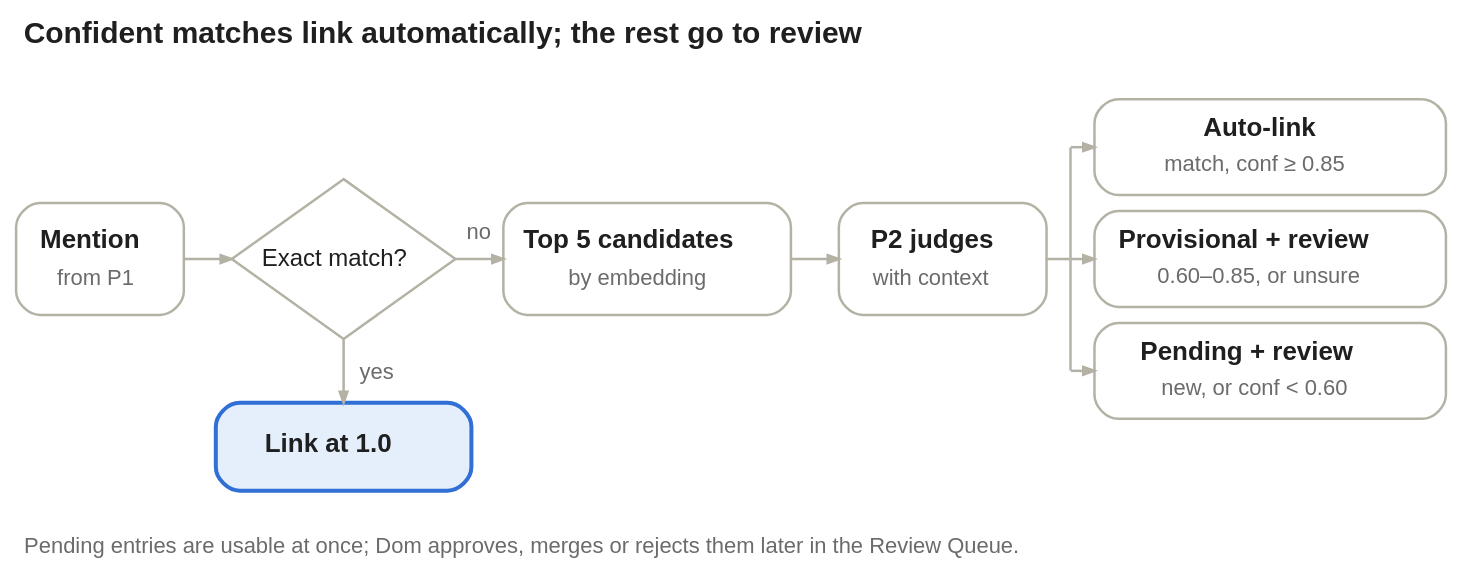
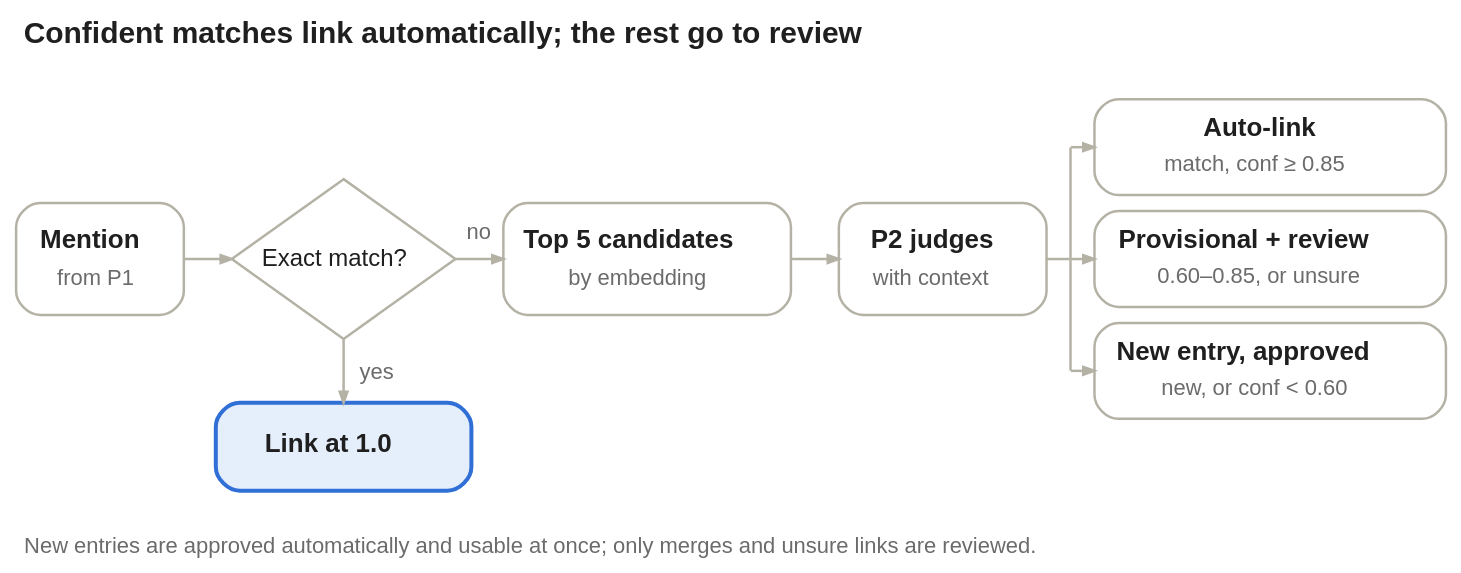
The fourth of 8 diagrams in 50 Graph/01 GraphRAG - Design Spec.md (domnasrabadi/Knowledge-Vault), drawn with Graphviz before and after one commit. The commit also changed other lines of this file and 1 other file, not shown here.

````diff
--- a/50 Graph/01 GraphRAG - Design Spec.md
+++ b/50 Graph/01 GraphRAG - Design Spec.md
@@ -419,62 +419,62 @@
 ```dot
 digraph "mention-resolution" {
   layout=neato; inputscale=72; notranslate=true; overlap=true; splines=line;
   outputorder=nodesfirst; bgcolor=transparent; pad=0.1;
   node [fontname="Helvetica"]; edge [arrowhead=none];
   t1 [shape=none margin=0 width=8.8264 height=0.3889 fixedsize=true label=<<TABLE BORDER="0" CELLPADDING="0" CELLSPACING="0"><TR><TD FIXEDSIZE="TRUE" WIDTH="632" HEIGHT="24" ALIGN="LEFT"><FONT FACE="Helvetica" POINT-SIZE="15" COLOR="#1f1f1f"><B>Confident matches link automatically; the rest go to review</B></FONT></TD></TR></TABLE>> pos="339.8,274.9!"];
   b2 [shape=box style="rounded" fillcolor="white" color="#b4b1a5" penwidth=1.25 width=1.1667 height=0.7778 fixedsize=true label="" pos="62.0,164.0!"];
   b3 [shape=diamond style="solid" fillcolor="white" color="#b4b1a5" penwidth=1.25 width=1.5556 height=1.1111 fixedsize=true label="" pos="184.0,164.0!"];
   b4 [shape=box style="rounded,filled" fillcolor="#e5eefb" color="#2f6fd6" penwidth=2 width=1.7778 height=0.6111 fixedsize=true label="" pos="184.0,70.0!"];
   b5 [shape=box style="rounded" fillcolor="white" color="#b4b1a5" penwidth=1.25 width=2.0000 height=0.7778 fixedsize=true label="" pos="336.0,164.0!"];
   b6 [shape=box style="rounded" fillcolor="white" color="#b4b1a5" penwidth=1.25 width=1.4444 height=0.7778 fixedsize=true label="" pos="484.0,164.0!"];
   b7 [shape=box style="rounded" fillcolor="white" color="#b4b1a5" penwidth=1.25 width=2.4444 height=0.6667 fixedsize=true label="" pos="648.0,220.0!"];
   b8 [shape=box style="rounded" fillcolor="white" color="#b4b1a5" penwidth=1.25 width=2.4444 height=0.6667 fixedsize=true label="" pos="648.0,164.0!"];
   b9 [shape=box style="rounded" fillcolor="white" color="#b4b1a5" penwidth=1.25 width=2.4444 height=0.6667 fixedsize=true label="" pos="648.0,108.0!"];
   p10 [shape=point width=0.001 height=0.001 style=invis pos="104.0,164.0!"];
   p11 [shape=point width=0.001 height=0.001 style=invis pos="128.0,164.0!"];
   p12 [shape=point width=0.001 height=0.001 style=invis pos="240.0,164.0!"];
   p13 [shape=point width=0.001 height=0.001 style=invis pos="264.0,164.0!"];
   p14 [shape=point width=0.001 height=0.001 style=invis pos="408.0,164.0!"];
   p15 [shape=point width=0.001 height=0.001 style=invis pos="432.0,164.0!"];
   p16 [shape=point width=0.001 height=0.001 style=invis pos="536.0,164.0!"];
   p17 [shape=point width=0.001 height=0.001 style=invis pos="548.0,164.0!"];
   p18 [shape=point width=0.001 height=0.001 style=invis pos="548.0,220.0!"];
   p19 [shape=point width=0.001 height=0.001 style=invis pos="560.0,220.0!"];
   p20 [shape=point width=0.001 height=0.001 style=invis pos="548.0,164.0!"];
   p21 [shape=point width=0.001 height=0.001 style=invis pos="560.0,164.0!"];
   p22 [shape=point width=0.001 height=0.001 style=invis pos="548.0,164.0!"];
   p23 [shape=point width=0.001 height=0.001 style=invis pos="548.0,108.0!"];
   p24 [shape=point width=0.001 height=0.001 style=invis pos="560.0,108.0!"];
   p25 [shape=point width=0.001 height=0.001 style=invis pos="184.0,124.0!"];
   p26 [shape=point width=0.001 height=0.001 style=invis pos="184.0,92.0!"];
   t27 [shape=none margin=0 width=1.1069 height=0.3444 fixedsize=true label=<<TABLE BORDER="0" CELLPADDING="0" CELLSPACING="0"><TR><TD FIXEDSIZE="TRUE" WIDTH="76" HEIGHT="21" ALIGN="CENTER"><FONT FACE="Helvetica" POINT-SIZE="13" COLOR="#1f1f1f"><B>Mention</B></FONT></TD></TR></TABLE>> pos="62.0,172.3!"];
   t28 [shape=none margin=0 width=0.9378 height=0.3111 fixedsize=true label=<<TABLE BORDER="0" CELLPADDING="0" CELLSPACING="0"><TR><TD FIXEDSIZE="TRUE" WIDTH="64" HEIGHT="18" ALIGN="CENTER"><FONT FACE="Helvetica" POINT-SIZE="11.5" COLOR="#6b6b6b">from P1</FONT></TD></TR></TABLE>> pos="62.0,153.8!"];
   t29 [shape=none margin=0 width=1.5022 height=0.3222 fixedsize=true label=<<TABLE BORDER="0" CELLPADDING="0" CELLSPACING="0"><TR><TD FIXEDSIZE="TRUE" WIDTH="104" HEIGHT="19" ALIGN="CENTER"><FONT FACE="Helvetica" POINT-SIZE="12" COLOR="#1f1f1f">Exact match?</FONT></TD></TR></TABLE>> pos="184.0,164.0!"];
   t30 [shape=none margin=0 width=1.6125 height=0.3444 fixedsize=true label=<<TABLE BORDER="0" CELLPADDING="0" CELLSPACING="0"><TR><TD FIXEDSIZE="TRUE" WIDTH="112" HEIGHT="21" ALIGN="CENTER"><FONT FACE="Helvetica" POINT-SIZE="13" COLOR="#1f1f1f"><B>Link at 1.0</B></FONT></TD></TR></TABLE>> pos="184.0,70.3!"];
   t31 [shape=none margin=0 width=2.2444 height=0.3444 fixedsize=true label=<<TABLE BORDER="0" CELLPADDING="0" CELLSPACING="0"><TR><TD FIXEDSIZE="TRUE" WIDTH="158" HEIGHT="21" ALIGN="CENTER"><FONT FACE="Helvetica" POINT-SIZE="13" COLOR="#1f1f1f"><B>Top 5 candidates</B></FONT></TD></TR></TABLE>> pos="336.0,172.3!"];
   t32 [shape=none margin=0 width=1.4489 height=0.3111 fixedsize=true label=<<TABLE BORDER="0" CELLPADDING="0" CELLSPACING="0"><TR><TD FIXEDSIZE="TRUE" WIDTH="100" HEIGHT="18" ALIGN="CENTER"><FONT FACE="Helvetica" POINT-SIZE="11.5" COLOR="#6b6b6b">by embedding</FONT></TD></TR></TABLE>> pos="336.0,153.8!"];
   t33 [shape=none margin=0 width=1.3597 height=0.3444 fixedsize=true label=<<TABLE BORDER="0" CELLPADDING="0" CELLSPACING="0"><TR><TD FIXEDSIZE="TRUE" WIDTH="94" HEIGHT="21" ALIGN="CENTER"><FONT FACE="Helvetica" POINT-SIZE="13" COLOR="#1f1f1f"><B>P2 judges</B></FONT></TD></TR></TABLE>> pos="484.0,172.3!"];
   t34 [shape=none margin=0 width=1.4489 height=0.3111 fixedsize=true label=<<TABLE BORDER="0" CELLPADDING="0" CELLSPACING="0"><TR><TD FIXEDSIZE="TRUE" WIDTH="100" HEIGHT="18" ALIGN="CENTER"><FONT FACE="Helvetica" POINT-SIZE="11.5" COLOR="#6b6b6b">with context</FONT></TD></TR></TABLE>> pos="484.0,153.8!"];
   t35 [shape=none margin=0 width=1.3597 height=0.3444 fixedsize=true label=<<TABLE BORDER="0" CELLPADDING="0" CELLSPACING="0"><TR><TD FIXEDSIZE="TRUE" WIDTH="94" HEIGHT="21" ALIGN="CENTER"><FONT FACE="Helvetica" POINT-SIZE="13" COLOR="#1f1f1f"><B>Auto-link</B></FONT></TD></TR></TABLE>> pos="648.0,228.3!"];
   t36 [shape=none margin=0 width=2.0622 height=0.3111 fixedsize=true label=<<TABLE BORDER="0" CELLPADDING="0" CELLSPACING="0"><TR><TD FIXEDSIZE="TRUE" WIDTH="144" HEIGHT="18" ALIGN="CENTER"><FONT FACE="Helvetica" POINT-SIZE="11.5" COLOR="#6b6b6b">match, conf ≥ 0.85</FONT></TD></TR></TABLE>> pos="648.0,210.8!"];
   t37 [shape=none margin=0 width=2.7500 height=0.3444 fixedsize=true label=<<TABLE BORDER="0" CELLPADDING="0" CELLSPACING="0"><TR><TD FIXEDSIZE="TRUE" WIDTH="194" HEIGHT="21" ALIGN="CENTER"><FONT FACE="Helvetica" POINT-SIZE="13" COLOR="#1f1f1f"><B>Provisional + review</B></FONT></TD></TR></TABLE>> pos="648.0,172.3!"];
   t38 [shape=none margin=0 width=2.2667 height=0.3111 fixedsize=true label=<<TABLE BORDER="0" CELLPADDING="0" CELLSPACING="0"><TR><TD FIXEDSIZE="TRUE" WIDTH="159" HEIGHT="18" ALIGN="CENTER"><FONT FACE="Helvetica" POINT-SIZE="11.5" COLOR="#6b6b6b">0.60–0.85, or unsure</FONT></TD></TR></TABLE>> pos="648.0,154.8!"];
-  t39 [shape=none margin=0 width=2.2444 height=0.3444 fixedsize=true label=<<TABLE BORDER="0" CELLPADDING="0" CELLSPACING="0"><TR><TD FIXEDSIZE="TRUE" WIDTH="158" HEIGHT="21" ALIGN="CENTER"><FONT FACE="Helvetica" POINT-SIZE="13" COLOR="#1f1f1f"><B>Pending + review</B></FONT></TD></TR></TABLE>> pos="648.0,116.3!"];
+  t39 [shape=none margin=0 width=2.2444 height=0.3444 fixedsize=true label=<<TABLE BORDER="0" CELLPADDING="0" CELLSPACING="0"><TR><TD FIXEDSIZE="TRUE" WIDTH="158" HEIGHT="21" ALIGN="CENTER"><FONT FACE="Helvetica" POINT-SIZE="13" COLOR="#1f1f1f"><B>New entry, approved</B></FONT></TD></TR></TABLE>> pos="648.0,116.3!"];
   t40 [shape=none margin=0 width=2.1644 height=0.3111 fixedsize=true label=<<TABLE BORDER="0" CELLPADDING="0" CELLSPACING="0"><TR><TD FIXEDSIZE="TRUE" WIDTH="152" HEIGHT="18" ALIGN="CENTER"><FONT FACE="Helvetica" POINT-SIZE="11.5" COLOR="#6b6b6b">new, or conf &lt; 0.60</FONT></TD></TR></TABLE>> pos="648.0,98.8!"];
   t41 [shape=none margin=0 width=0.4267 height=0.3111 fixedsize=true label=<<TABLE BORDER="0" CELLPADDING="0" CELLSPACING="0"><TR><TD FIXEDSIZE="TRUE" WIDTH="27" HEIGHT="18" ALIGN="CENTER"><FONT FACE="Helvetica" POINT-SIZE="11.5" COLOR="#6b6b6b">no</FONT></TD></TR></TABLE>> pos="252.0,176.8!"];
   t42 [shape=none margin=0 width=0.5289 height=0.3111 fixedsize=true label=<<TABLE BORDER="0" CELLPADDING="0" CELLSPACING="0"><TR><TD FIXEDSIZE="TRUE" WIDTH="34" HEIGHT="18" ALIGN="LEFT"><FONT FACE="Helvetica" POINT-SIZE="11.5" COLOR="#6b6b6b">yes</FONT></TD></TR></TABLE>> pos="209.0,106.8!"];
-  t43 [shape=none margin=0 width=10.2500 height=0.3111 fixedsize=true label=<<TABLE BORDER="0" CELLPADDING="0" CELLSPACING="0"><TR><TD FIXEDSIZE="TRUE" WIDTH="734" HEIGHT="18" ALIGN="LEFT"><FONT FACE="Helvetica" POINT-SIZE="11.5" COLOR="#6b6b6b">Pending entries are usable at once; Dom approves, merges or rejects them later in the Review Queue.</FONT></TD></TR></TABLE>> pos="391.0,19.8!"];
+  t43 [shape=none margin=0 width=10.2500 height=0.3111 fixedsize=true label=<<TABLE BORDER="0" CELLPADDING="0" CELLSPACING="0"><TR><TD FIXEDSIZE="TRUE" WIDTH="734" HEIGHT="18" ALIGN="LEFT"><FONT FACE="Helvetica" POINT-SIZE="11.5" COLOR="#6b6b6b">New entries are approved automatically and usable at once; only merges and unsure links are reviewed.</FONT></TD></TR></TABLE>> pos="391.0,19.8!"];
   p44 [shape=point width=0.001 height=0.001 style=invis pos="0.0,300.0!"];
   p45 [shape=point width=0.001 height=0.001 style=invis pos="760.0,0.0!"];
   p10 -> p11 [dir=forward arrowhead=normal arrowsize=0.55 color="#b4b1a5" penwidth=1.25];
   p12 -> p13 [dir=forward arrowhead=normal arrowsize=0.55 color="#b4b1a5" penwidth=1.25];
   p14 -> p15 [dir=forward arrowhead=normal arrowsize=0.55 color="#b4b1a5" penwidth=1.25];
   p16 -> p17 [dir=none color="#b4b1a5" penwidth=1.25];
   p17 -> p18 [dir=none color="#b4b1a5" penwidth=1.25];
   p18 -> p19 [dir=forward arrowhead=normal arrowsize=0.55 color="#b4b1a5" penwidth=1.25];
   p20 -> p21 [dir=forward arrowhead=normal arrowsize=0.55 color="#b4b1a5" penwidth=1.25];
   p22 -> p23 [dir=none color="#b4b1a5" penwidth=1.25];
   p23 -> p24 [dir=forward arrowhead=normal arrowsize=0.55 color="#b4b1a5" penwidth=1.25];
   p25 -> p26 [dir=forward arrowhead=normal arrowsize=0.55 color="#b4b1a5" penwidth=1.25];
 }
 ```
````
